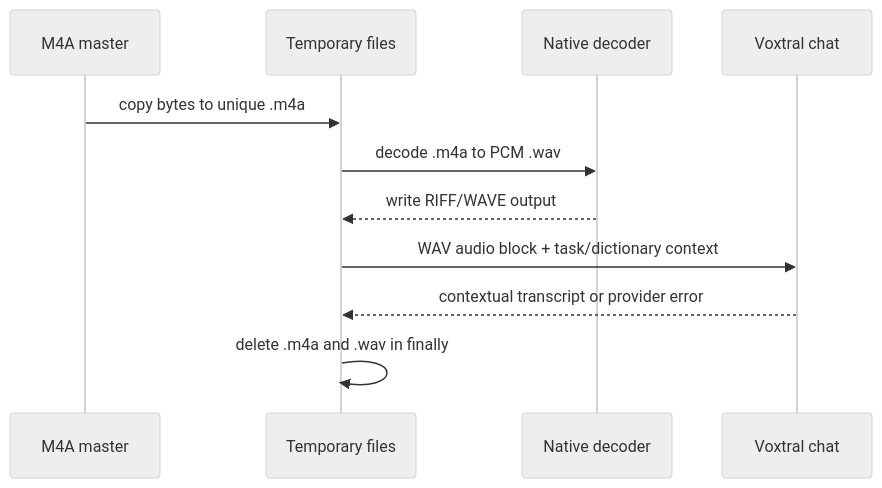
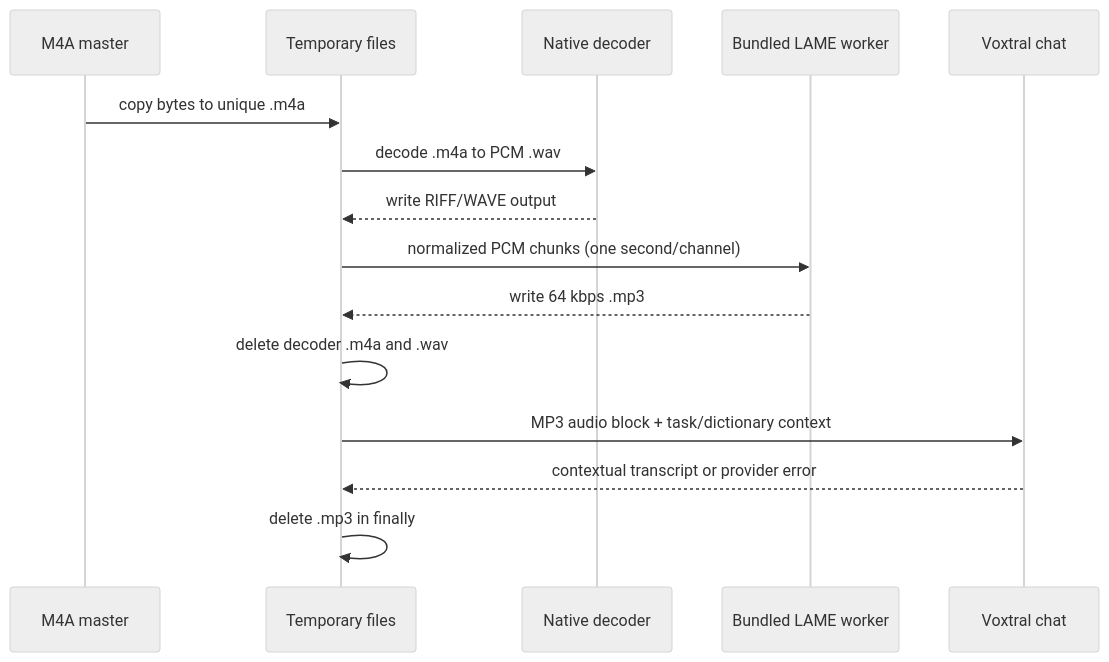
One commit to matthiasn/lotti changed the sixth of 14 diagrams in lib/features/ai/README.md. Above: the diagram before and after it, drawn with Mermaid (neutral theme). The commit also changed other lines of this file and 20 other files, not shown here.

````diff
--- a/lib/features/ai/README.md
+++ b/lib/features/ai/README.md
@@ -303,13 +319,17 @@
 ```mermaid
 sequenceDiagram
   participant Archive as M4A master
   participant Scratch as Temporary files
   participant Decoder as Native decoder
+  participant LAME as Bundled LAME worker
   participant Melious as Voxtral chat
   Archive->>Scratch: copy bytes to unique .m4a
   Scratch->>Decoder: decode .m4a to PCM .wav
   Decoder-->>Scratch: write RIFF/WAVE output
-  Scratch->>Melious: WAV audio block + task/dictionary context
+  Scratch->>LAME: normalized PCM chunks (one second/channel)
+  LAME-->>Scratch: write 64 kbps .mp3
+  Scratch->>Scratch: delete decoder .m4a and .wav
+  Scratch->>Melious: MP3 audio block + task/dictionary context
   Melious-->>Scratch: contextual transcript or provider error
-  Scratch->>Scratch: delete .m4a and .wav in finally
+  Scratch->>Scratch: delete .mp3 in finally
 ```
````
